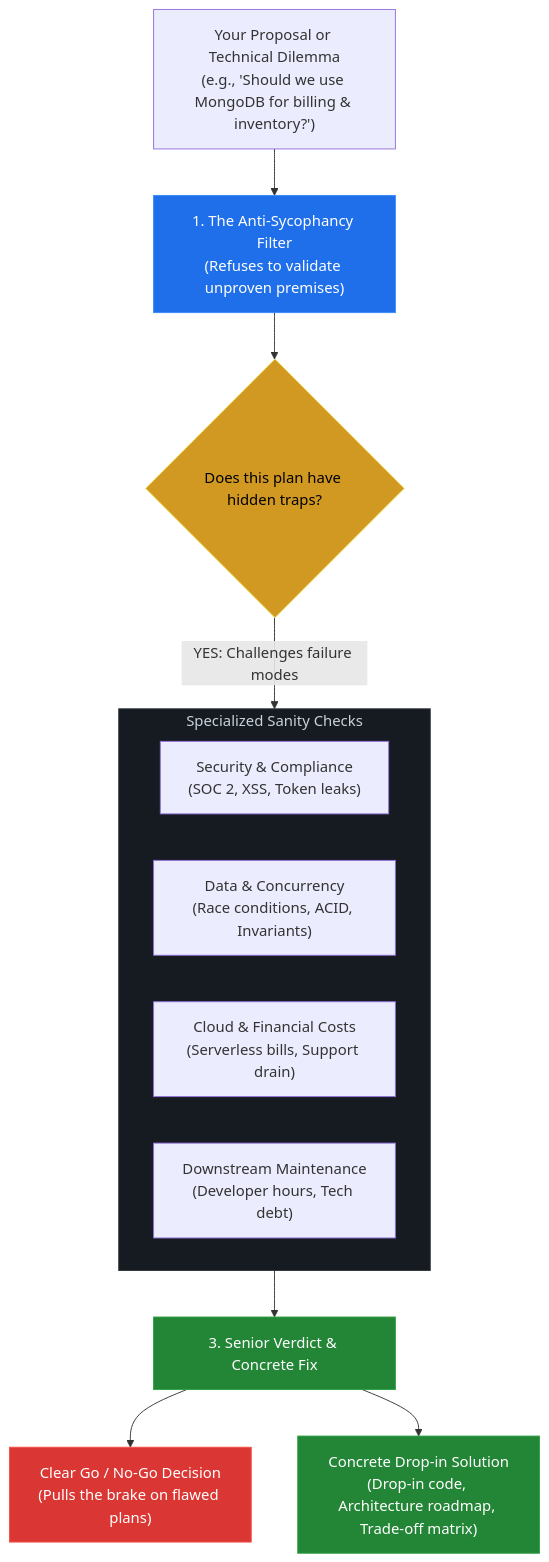
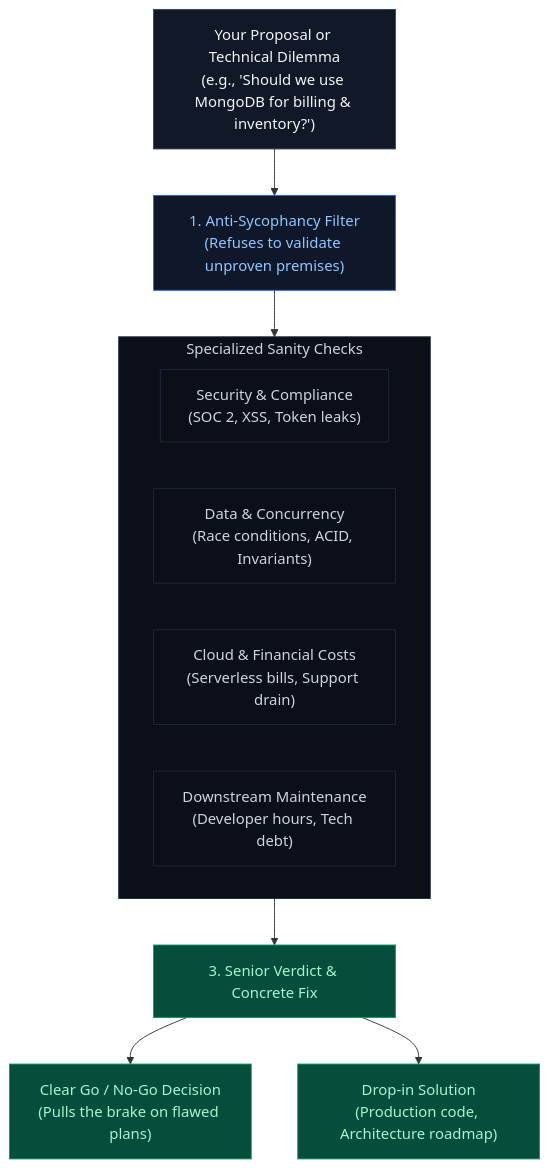
The second of 2 diagrams in README.md (SvayMonirath/second-opionion), drawn with Mermaid before and after one commit. The commit also changed other lines of this file and 2 other files, not shown here.

Commit message:
docs: remove fake licensing, add universal multi-agent install, and redesign benchmark chart with Linear/Stripe styling

````diff
--- a/README.md
+++ b/README.md
@@ -96,27 +103,27 @@
 ```mermaid
 flowchart TD
-    A["Your Proposal or Technical Dilemma\n(e.g., 'Should we use MongoDB for billing & inventory?')"] --> B["1. The Anti-Sycophancy Filter\n(Refuses to validate unproven premises)"]
+    UserQuery["Your Proposal or Technical Dilemma\n(e.g., 'Should we use MongoDB for billing & inventory?')"] --> Filter["1. Anti-Sycophancy Filter\n(Refuses to validate unproven premises)"]
     
-    B --> C{"Does this plan have hidden traps?"}
+    Filter --> Engine["2. Adversarial Review Engine"]
     
-    C -- "YES: Challenges failure modes" --> D["2. Adversarial Review Engine"]
-    
-    subgraph D ["Specialized Sanity Checks"]
-        D1["Security & Compliance\n(SOC 2, XSS, Token leaks)"]
-        D2["Data & Concurrency\n(Race conditions, ACID, Invariants)"]
-        D3["Cloud & Financial Costs\n(Serverless bills, Support drain)"]
-        D4["Downstream Maintenance\n(Developer hours, Tech debt)"]
+    subgraph Engine ["Specialized Sanity Checks"]
+        C1["Security & Compliance\n(SOC 2, XSS, Token leaks)"]
+        C2["Data & Concurrency\n(Race conditions, ACID, Invariants)"]
+        C3["Cloud & Financial Costs\n(Serverless bills, Support drain)"]
+        C4["Downstream Maintenance\n(Developer hours, Tech debt)"]
     end
     
-    D --> E["3. Senior Verdict & Concrete Fix"]
+    Engine --> Verdict["3. Senior Verdict & Concrete Fix"]
     
-    E --> F["Clear Go / No-Go Decision\n(Pulls the brake on flawed plans)"]
-    E --> G["Concrete Drop-in Solution\n(Drop-in code, Architecture roadmap, Trade-off matrix)"]
+    Verdict --> OutcomeA["Clear Go / No-Go Decision\n(Pulls the brake on flawed plans)"]
+    Verdict --> OutcomeB["Drop-in Solution\n(Production code, Architecture roadmap)"]
     
-    style B fill:#1f6feb,stroke:#388bfd,color:#ffffff
-    style C fill:#d29922,stroke:#f1e05a,color:#000000
-    style D fill:#161b22,stroke:#30363d,color:#c9d1d9
-    style E fill:#238636,stroke:#2ea043,color:#ffffff
-    style F fill:#da3633,stroke:#f85149,color:#ffffff
-    style G fill:#238636,stroke:#2ea043,color:#ffffff
+    classDef default fill:#111827,stroke:#374151,color:#f3f4f6;
+    classDef step fill:#0f172a,stroke:#2563eb,color:#93c5fd;
+    classDef sub fill:#0b0f17,stroke:#1e293b,color:#cbd5e1;
+    classDef resolve fill:#064e3b,stroke:#059669,color:#a7f3d0;
+    
+    class Filter step;
+    class Engine,C1,C2,C3,C4 sub;
+    class Verdict,OutcomeA,OutcomeB resolve;
 ```
````
